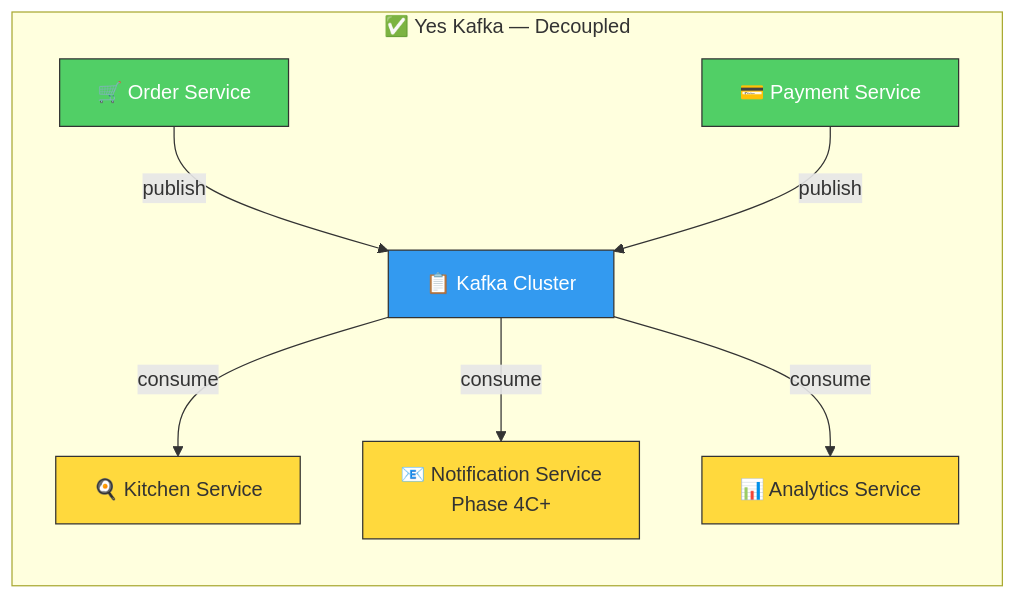
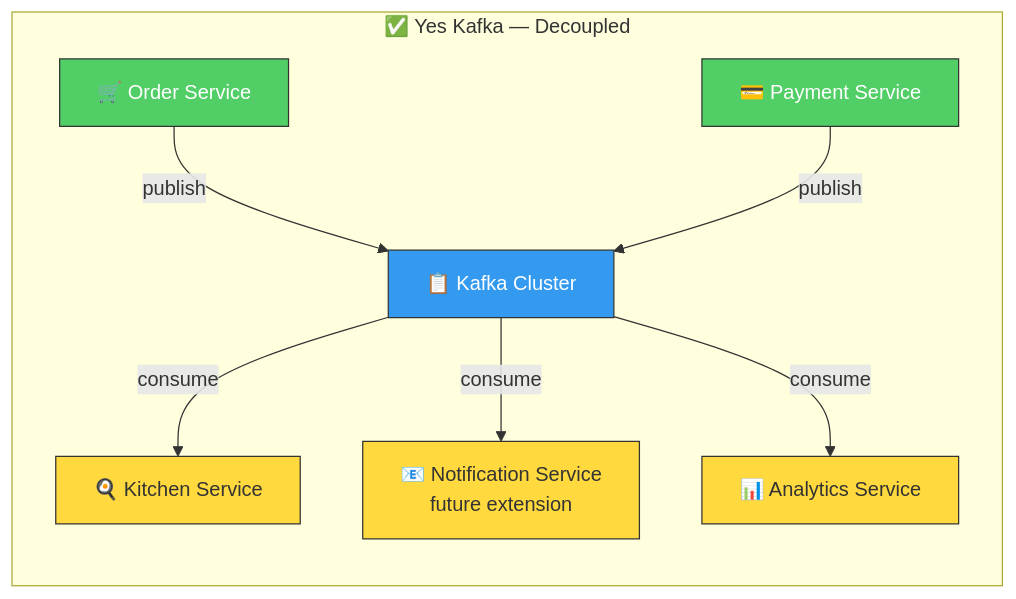
One commit to quan-vo-dinh/saas-pos-microservices-qrtable changed the second of 38 diagrams in docs/guides/kafka-qrtable.md. Above: the diagram before and after it, drawn with Mermaid. The commit also changed other lines of this file and 31 other files, not shown here.

First line of the commit message:
docs: narrow phase 4c to staff management and drop notification scope

````diff
--- a/docs/guides/kafka-qrtable.md
+++ b/docs/guides/kafka-qrtable.md
@@ -80,24 +80,24 @@
 ```mermaid
 graph LR
 subgraph "✅ Yes Kafka — Decoupled"
         OS2["🛒 Order Service"]
         PS2["💳 Payment Service"]
         K["📋 Kafka Cluster"]
         KS2["🍳 Kitchen Service"]
-        NS2["📧 Notification Service<br/>Phase 4C+"]
+        NS2["📧 Notification Service<br/>future extension"]
         AS2["📊 Analytics Service"]
 
         OS2 -->|"publish"| K
         PS2 -->|"publish"| K
         K -->|"consume"| KS2
         K -->|"consume"| NS2
         K -->|"consume"| AS2
     end
 
     style OS2 fill:#51cf66,stroke:#333,color:#fff
     style PS2 fill:#51cf66,stroke:#333,color:#fff
     style K fill:#339af0,stroke:#333,color:#fff
     style KS2 fill:#ffd93d,stroke:#333,color:#333
     style NS2 fill:#ffd93d,stroke:#333,color:#333
     style AS2 fill:#ffd93d,stroke:#333,color:#333
 ```
````
